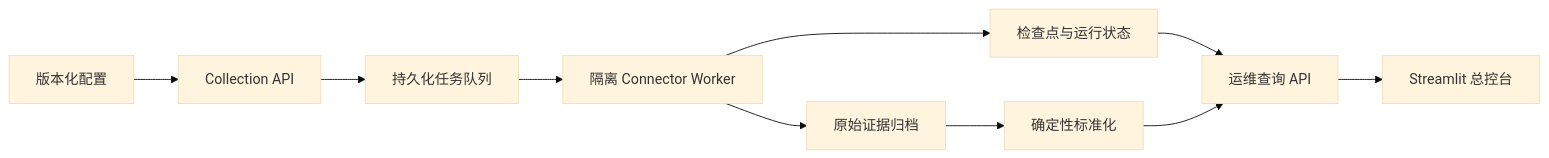
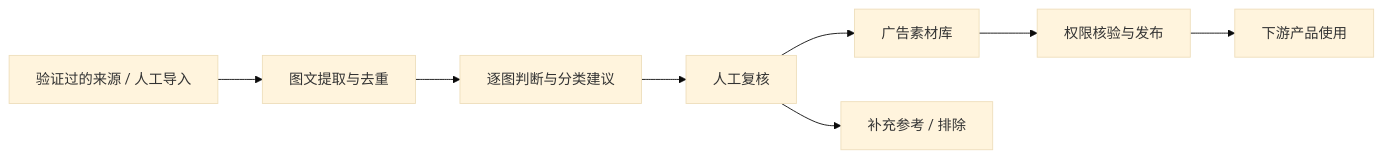
Before and after one commit to LazyS1a/OmniSignal: the diagram in README.md, drawn with Mermaid (base theme). The commit also changed other lines of this file and 1 other file, not shown here.

Commit message:
docs: establish advertising workbench variant roadmap

````diff
--- a/README.md
+++ b/README.md
@@ -45,12 +41,10 @@
 ```mermaid
 flowchart LR
-    A[版本化配置] --> B[Collection API]
-    B --> C[持久化任务队列]
-    C --> D[隔离 Connector Worker]
-    D --> E[原始证据归档]
-    D --> F[检查点与运行状态]
-    E --> G[确定性标准化]
-    F --> H[运维查询 API]
-    G --> H
-    H --> I[Streamlit 总控台]
+    A[验证过的来源 / 人工导入] --> B[图文提取与去重]
+    B --> C[逐图判断与分类建议]
+    C --> D[人工复核]
+    D --> E[广告素材库]
+    D --> F[补充参考 / 排除]
+    E --> G[权限核验与发布]
+    G --> H[下游产品使用]
 ```
````
